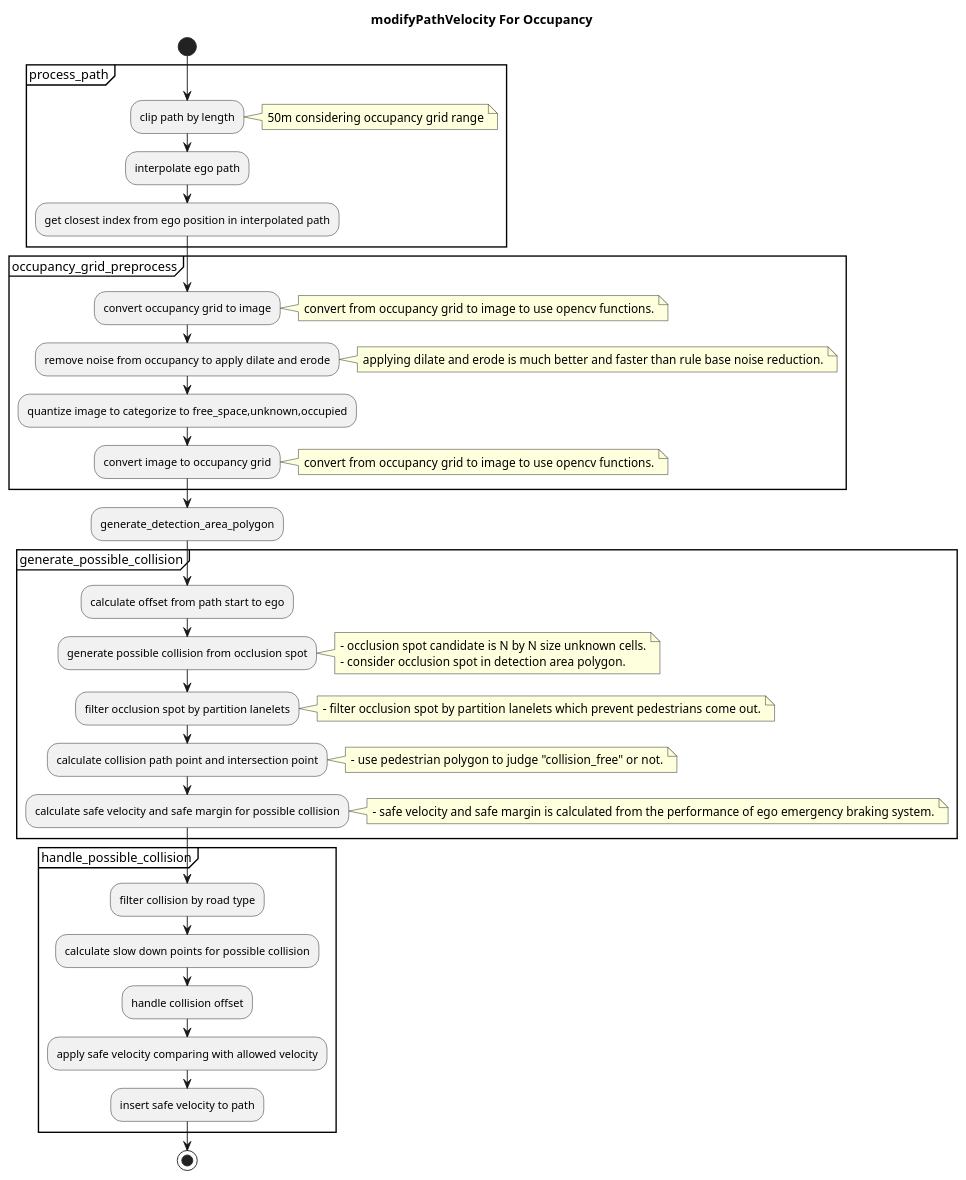
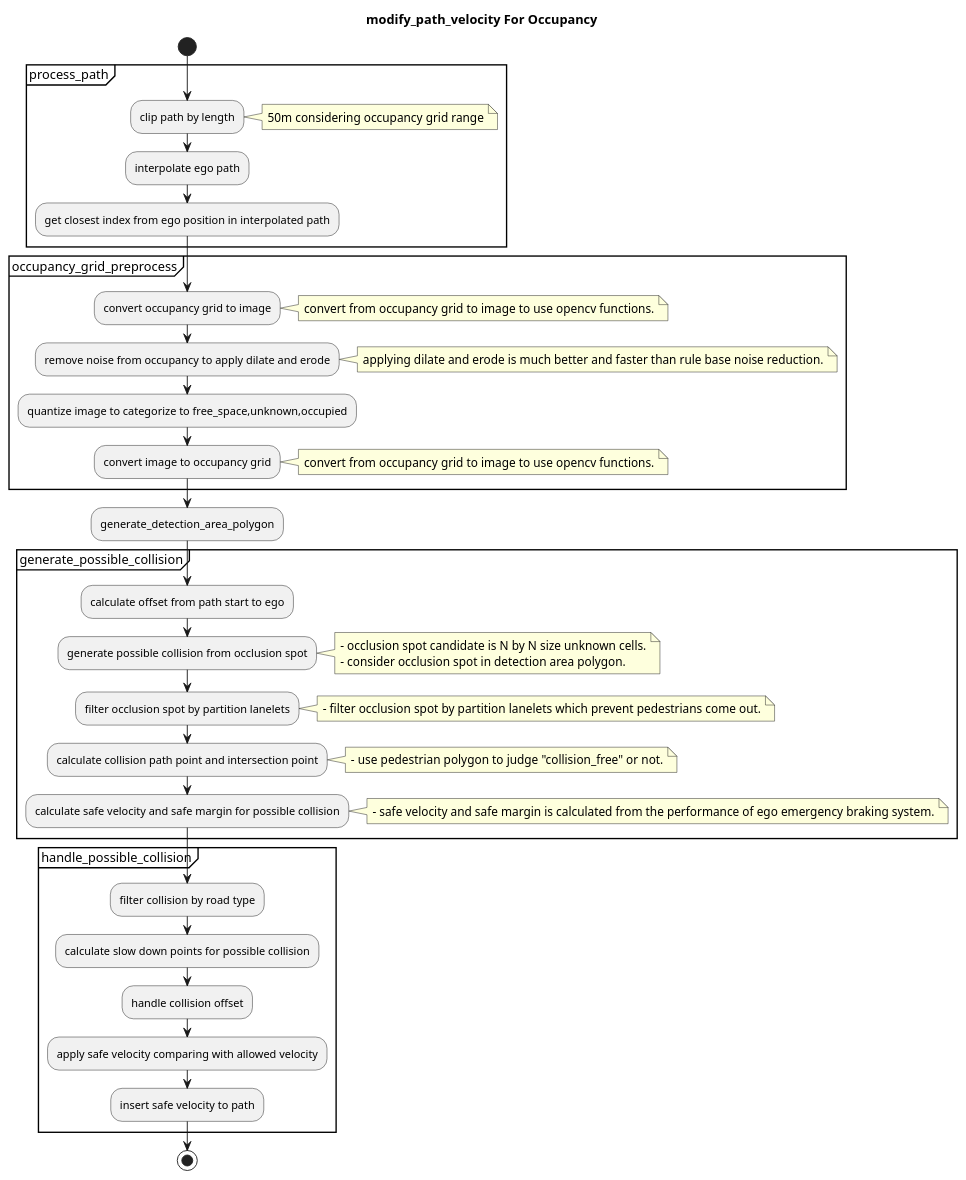
One commit to autowarefoundation/autoware.universe changed the third of 3 diagrams in planning/behavior_velocity_planner/autoware_behavior_velocity_occlusion_spot_module/README.md. Above: the diagram before and after it, drawn with PlantUML. The commit also changed other lines of this file and 131 other files, not shown here.

````diff
--- a/planning/behavior_velocity_planner/autoware_behavior_velocity_occlusion_spot_module/README.md
+++ b/planning/behavior_velocity_planner/autoware_behavior_velocity_occlusion_spot_module/README.md
@@ -283,59 +283,59 @@
 ```plantuml
 @startuml
-title modifyPathVelocity For Occupancy
+title modify_path_velocity For Occupancy
 start
 
 partition process_path {
 :clip path by length;
 note right
   50m considering occupancy grid range
 end note
 :interpolate ego path;
 :get closest index from ego position in interpolated path;
 }
 partition occupancy_grid_preprocess {
 :convert occupancy grid to image;
 note right
   convert from occupancy grid to image to use opencv functions.
 end note
 :remove noise from occupancy to apply dilate and erode;
 note right
   applying dilate and erode is much better and faster than rule base noise reduction.
 end note
 :quantize image to categorize to free_space,unknown,occupied;
 :convert image to occupancy grid;
 note right
   convert from occupancy grid to image to use opencv functions.
 end note
 }
 :generate_detection_area_polygon;
 partition generate_possible_collision {
 :calculate offset from path start to ego;
 :generate possible collision from occlusion spot;
 note right
   - occlusion spot candidate is N by N size unknown cells.
   - consider occlusion spot in detection area polygon.
 end note
 :filter occlusion spot by partition lanelets;
 note right
   - filter occlusion spot by partition lanelets which prevent pedestrians come out.
 end note
 :calculate collision path point and intersection point;
 note right
   - use pedestrian polygon to judge "collision_free" or not.
 end note
 :calculate safe velocity and safe margin for possible collision;
 note right
   - safe velocity and safe margin is calculated from the performance of ego emergency braking system.
 end note
 }
 partition handle_possible_collision {
 :filter collision by road type;
 :calculate slow down points for possible collision;
 :handle collision offset;
 :apply safe velocity comparing with allowed velocity;
 :insert safe velocity to path;
 }
 stop
 @enduml
 ```
````
